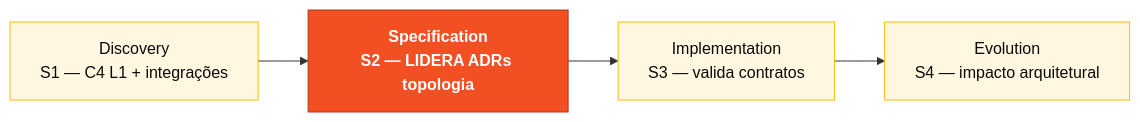
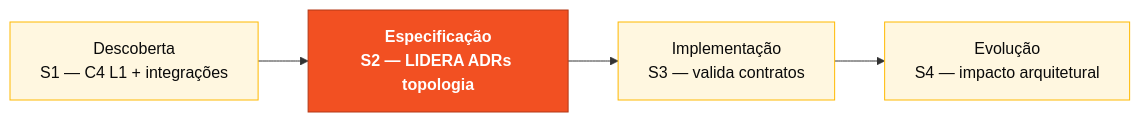
One commit to paulasilvatech/hackathon-datacorp-team-kit changed the diagram in pt-br/persona-kits/03-enterprise-architect/PERSONA.md. Above: the diagram before and after it, drawn with Mermaid. The commit also changed other lines of this file and 172 other files, not shown here.

````diff
--- a/pt-br/persona-kits/03-enterprise-architect/PERSONA.md
+++ b/pt-br/persona-kits/03-enterprise-architect/PERSONA.md
@@ -19,13 +19,13 @@
 ```mermaid
 flowchart LR
  classDef current fill:#F25022,stroke:#B33816,color:#fff,font-weight:bold
  classDef support fill:#FFF7E0,stroke:#FFB900,color:#0A0A0A
  classDef later fill:#F7F7F4,stroke:#C8C8C0,color:#6B6B6B
 
- D[Discovery<br/>S1 — C4 L1 + integrações]:::support
- SP[Specification<br/>S2 — LIDERA ADRs topologia]:::current
- IM[Implementation<br/>S3 — valida contratos]:::support
- EV[Evolution<br/>S4 — impacto arquitetural]:::support
+ D[Descoberta<br/>S1 — C4 L1 + integrações]:::support
+ SP[Especificação<br/>S2 — LIDERA ADRs topologia]:::current
+ IM[Implementação<br/>S3 — valida contratos]:::support
+ EV[Evolução<br/>S4 — impacto arquitetural]:::support
 
  D --> SP --> IM --> EV
 ```
````
